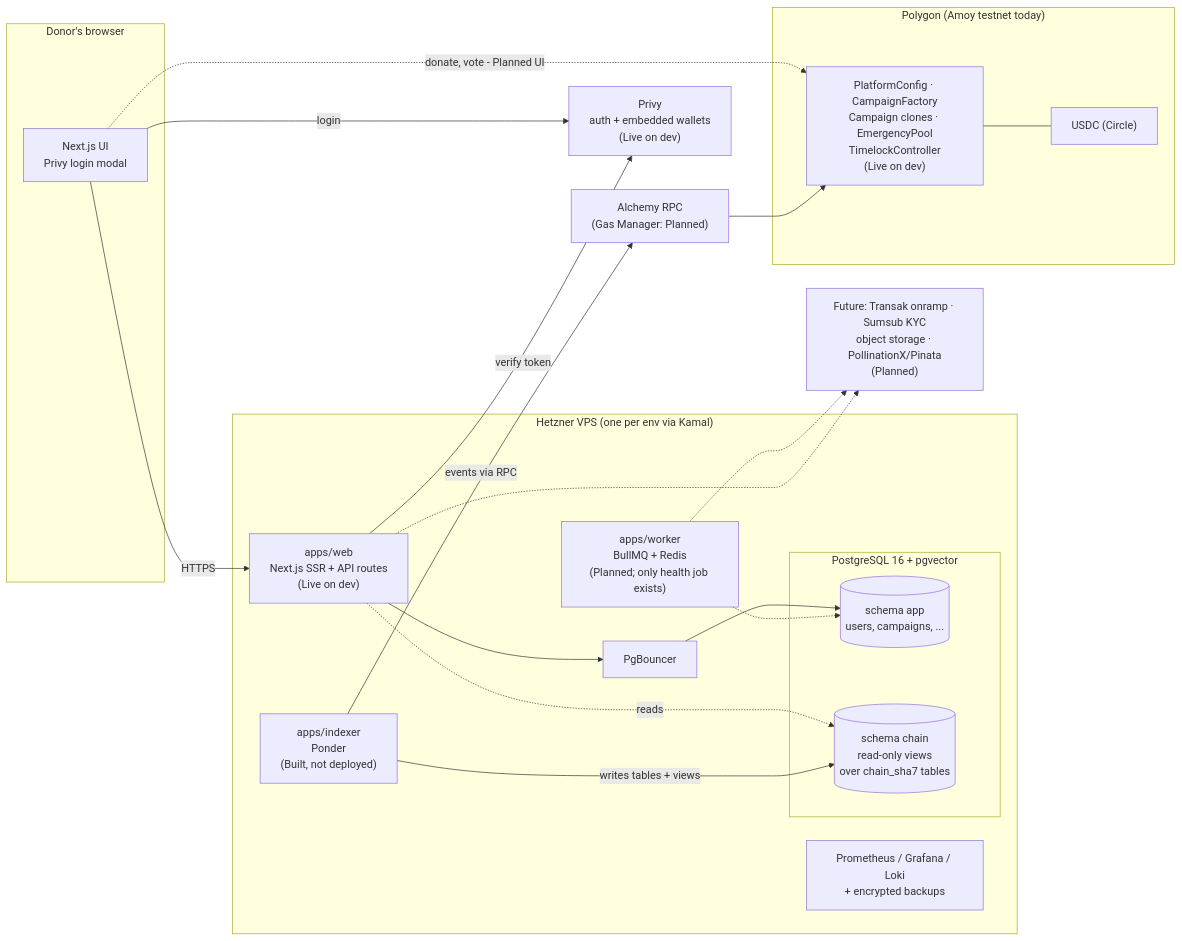
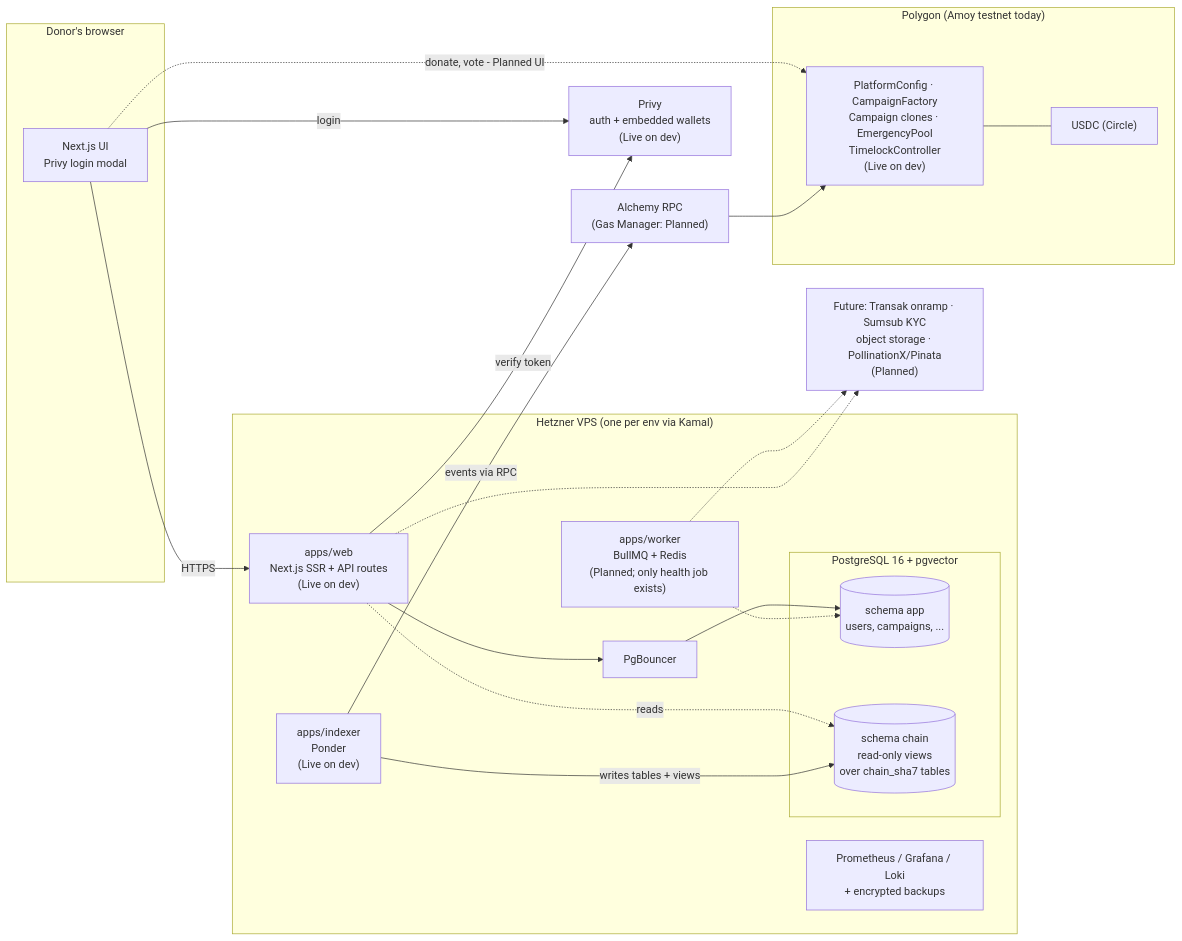
Before and after one commit to DataVallis-CHERR-IO/web3-platform: the second of 2 diagrams in docs/technical/01-system-overview.md, drawn with Mermaid. The commit also changed other lines of this file and 8 other files, not shown here.

````diff
--- a/docs/technical/01-system-overview.md
+++ b/docs/technical/01-system-overview.md
@@ -184,40 +184,40 @@
 ```mermaid
 flowchart LR
     subgraph Client["Donor's browser"]
         B["Next.js UI<br/>Privy login modal"]
     end
 
     subgraph Server["Hetzner VPS (one per env via Kamal)"]
         W["apps/web<br/>Next.js SSR + API routes<br/>(Live on dev)"]
         PGB["PgBouncer"]
         subgraph PG["PostgreSQL 16 + pgvector"]
             APP[("schema app<br/>users, campaigns, ...")]
             CH[("schema chain<br/>read-only views<br/>over chain_sha7 tables")]
         end
-        IDX["apps/indexer<br/>Ponder<br/>(Built, not deployed)"]
+        IDX["apps/indexer<br/>Ponder<br/>(Live on dev)"]
         WK["apps/worker<br/>BullMQ + Redis<br/>(Planned; only health job exists)"]
         MON["Prometheus / Grafana / Loki<br/>+ encrypted backups"]
     end
 
     subgraph Chain["Polygon (Amoy testnet today)"]
         SC["PlatformConfig · CampaignFactory<br/>Campaign clones · EmergencyPool<br/>TimelockController<br/>(Live on dev)"]
         USDC["USDC (Circle)"]
     end
 
     PRIVY["Privy<br/>auth + embedded wallets<br/>(Live on dev)"]
     ALC["Alchemy RPC<br/>(Gas Manager: Planned)"]
     FUT["Future: Transak onramp · Sumsub KYC<br/>object storage · PollinationX/Pinata<br/>(Planned)"]
 
     B -->|HTTPS| W
     B -->|login| PRIVY
     W -->|verify token| PRIVY
     W --> PGB --> APP
     W -.->|reads| CH
     B -.->|"donate, vote - Planned UI"| SC
     IDX -->|events via RPC| ALC --> SC
     IDX -->|writes tables + views| CH
     SC --- USDC
     WK -.-> APP
     WK -.-> FUT
     W -.-> FUT
 ```
````
